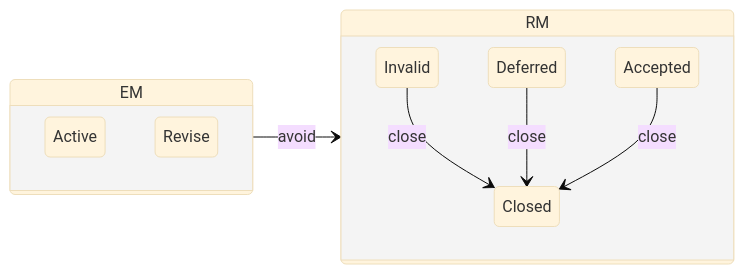
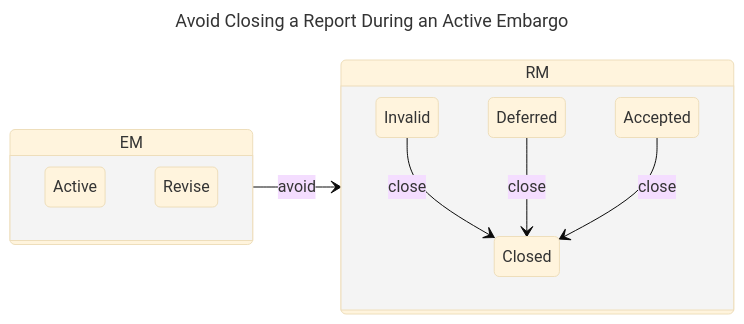
One commit to CERTCC/Vultron changed the tenth of 11 diagrams in docs/topics/process_models/model_interactions/rm_em.md. Above: the diagram before and after it, drawn with Mermaid (base theme). The commit also changed other lines of this file and 44 other files, not shown here.

````diff
--- a/docs/topics/process_models/model_interactions/rm_em.md
+++ b/docs/topics/process_models/model_interactions/rm_em.md
@@ -269,14 +290,17 @@
 ```mermaid
+---
+title: Avoid Closing a Report During an Active Embargo
+---
 stateDiagram-v2
     direction LR
     state RM {
         Invalid --> Closed: close
         Deferred --> Closed: close
         Accepted --> Closed: close
     }
     state EM {
         Active
         Revise
     }
     EM --> RM : avoid
 ```
````
